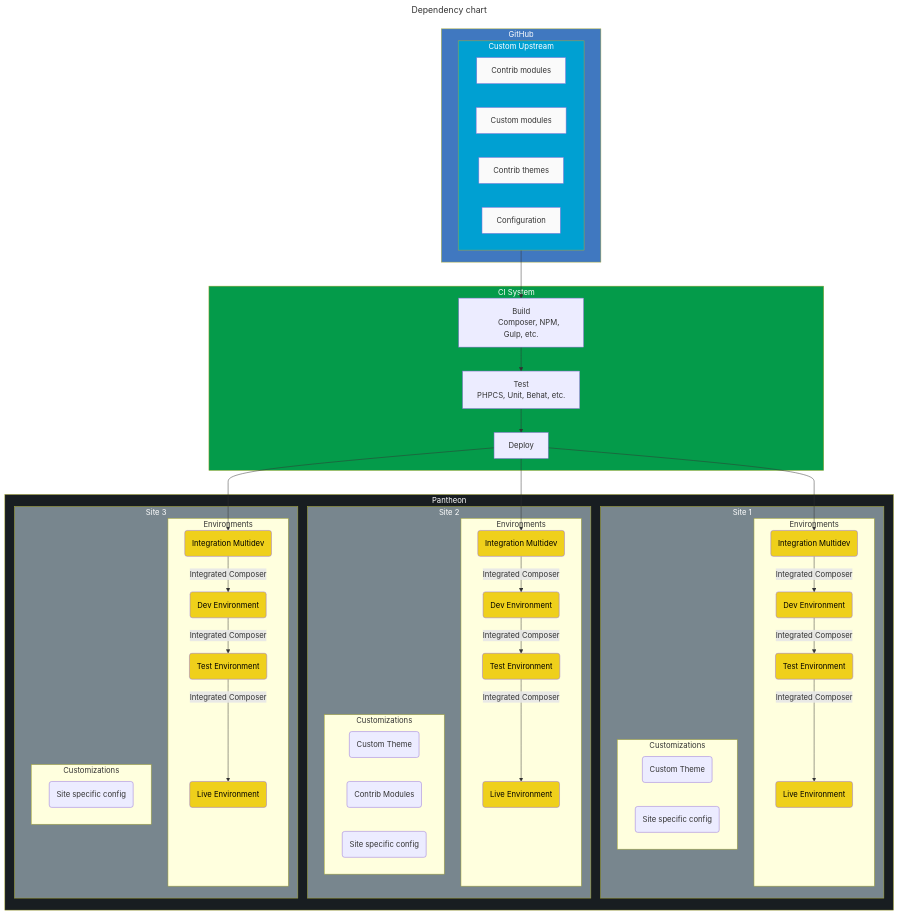
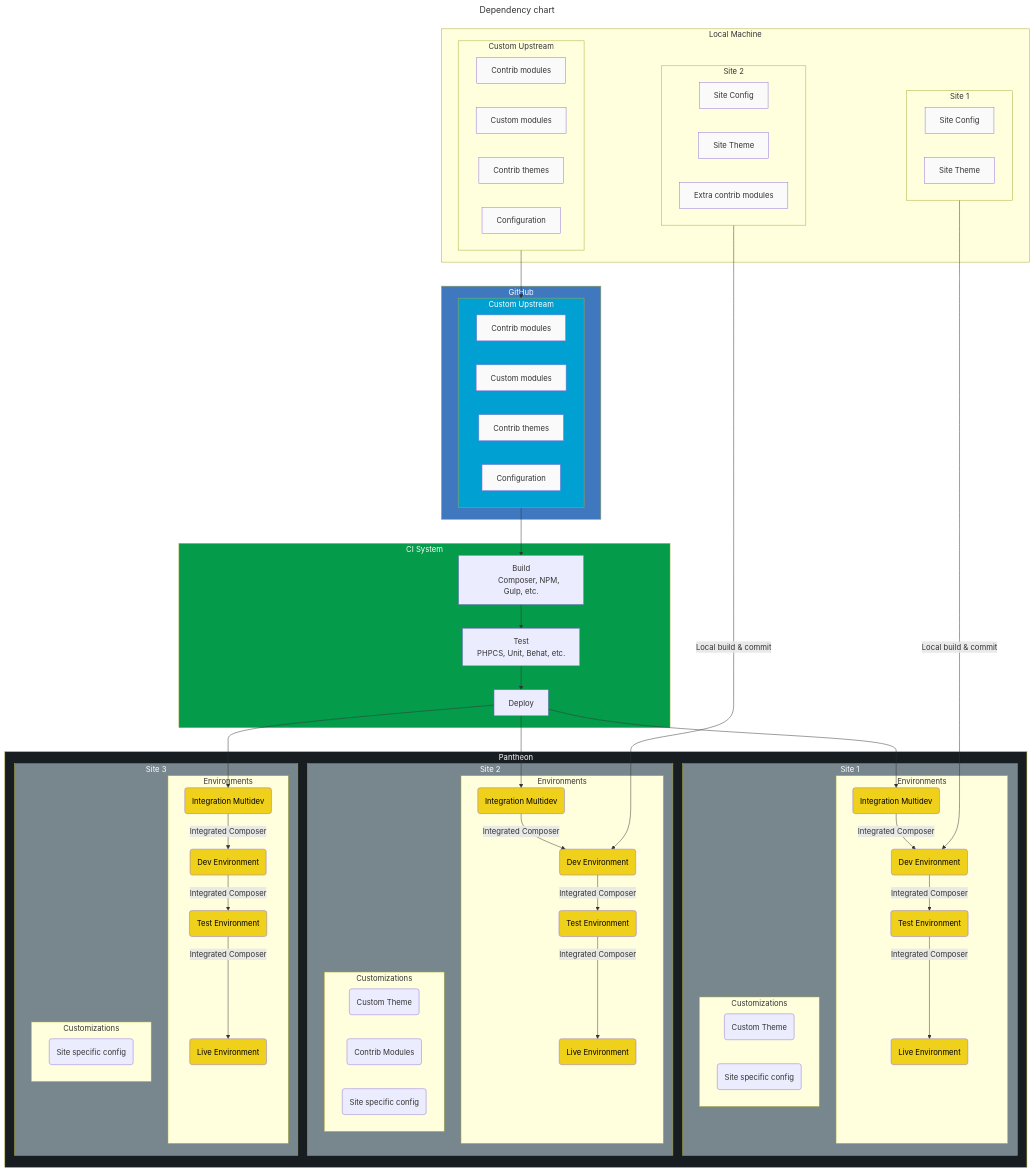
One commit to pantheon-systems/webops-architecture changed the first of 2 diagrams in Drupal/Foundational-Codebase.md. Above: the diagram before and after it, drawn with Mermaid.

Commit message:
Add local dev to foundational codebase for clarity

```diff
--- a/Drupal/Foundational-Codebase.md
+++ b/Drupal/Foundational-Codebase.md
@@ -28,6 +28,25 @@
             CustomModules["Custom modules"]:::repo
             Themes["Contrib themes"]:::repo
             Config["Configuration"]:::repo
+        end
+    end
+
+    subgraph local [Local Machine]
+        subgraph localcu [Custom Upstream]
+            LocalModules["Contrib modules"]:::repo
+            LocalCustomModules["Custom modules"]:::repo
+            LocalThemes["Contrib themes"]:::repo
+            LocalConfig["Configuration"]:::repo
+        end
+        subgraph localsite1 [Site 1]
+            SiteConfig1[Site Config]:::repo
+            SiteTheme1[Site Theme]:::repo
+        end
+
+        subgraph localsite2 [Site 2]
+            SiteConfig2[Site Config]:::repo
+            SiteTheme2[Site Theme]:::repo
+            SiteModules2[Extra contrib modules]:::repo
         end
     end
 
@@ -81,19 +100,24 @@
     end
 
     %% Links
+    localcu --> cu
+    cu --> Workflow1
+
+    Workflow1 --> Workflow2 --> Workflow3
+
+    Workflow3 --> EnvIntegration1
+    Workflow3 --> EnvIntegration2 
+    Workflow3 --> EnvIntegration3
+
+    localsite1 -- Local build & commit --> EnvDev1
+    localsite2 -- Local build & commit --> EnvDev2
+
     EnvIntegration1 -- Integrated Composer --> EnvDev1 -- Integrated Composer --> EnvTest1 -- Integrated Composer --> EnvLive1
     
     EnvIntegration2 -- Integrated Composer --> EnvDev2 -- Integrated Composer --> EnvTest2 -- Integrated Composer --> EnvLive2
     
     EnvIntegration3 -- Integrated Composer --> EnvDev3 -- Integrated Composer --> EnvTest3 -- Integrated Composer --> EnvLive3
 
-    Workflow1 --> Workflow2 --> Workflow3
-
-    cu --> Workflow1
-
-    Workflow3 --> EnvIntegration1
-    Workflow3 --> EnvIntegration2 
-    Workflow3 --> EnvIntegration3
 
     %% Styles
     style cu fill:#00A0D2,color:#FFF
```
